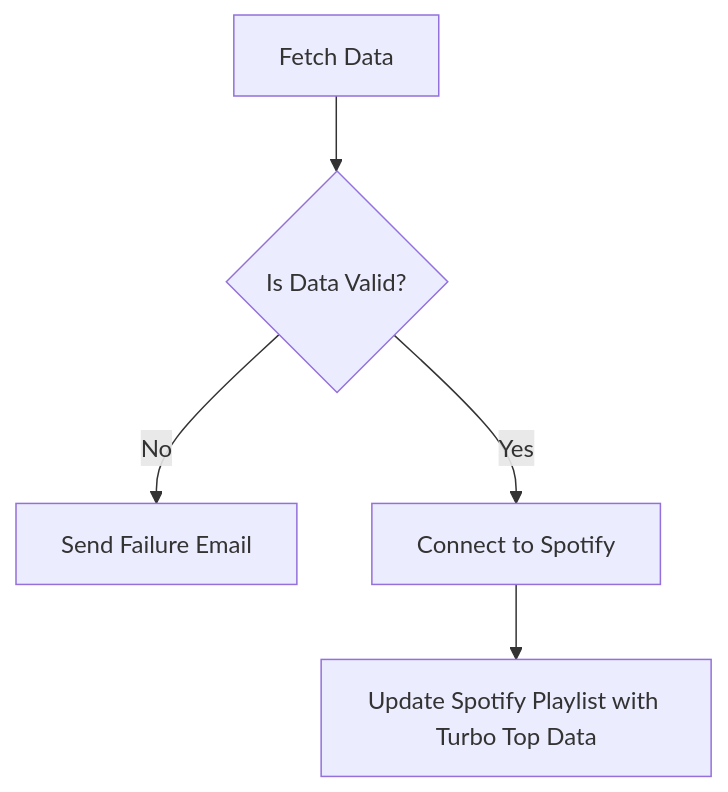
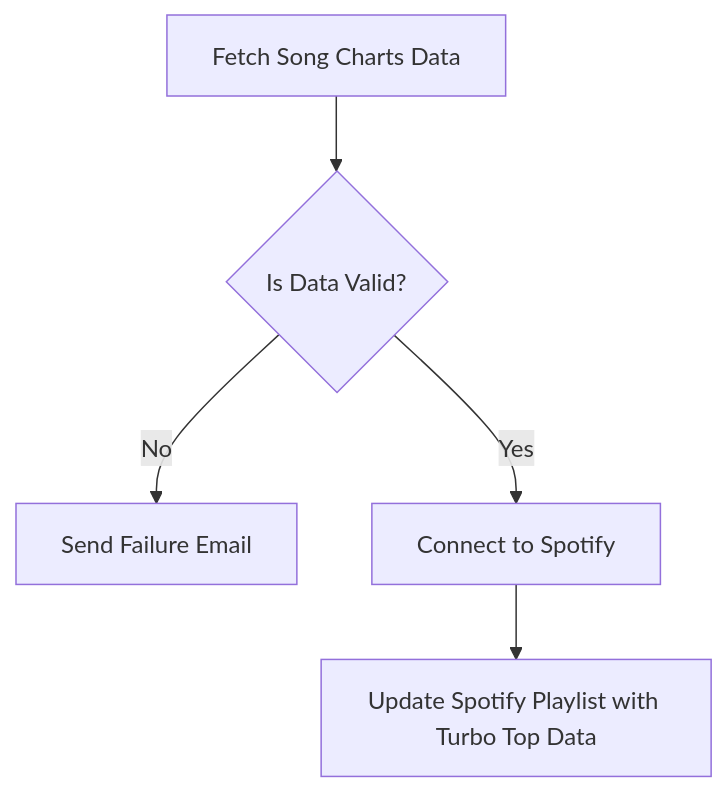
One commit to piotr-kubica/spotlistsync changed the diagram in README.md. Above: the diagram before and after it, drawn with Mermaid.

````diff
--- a/README.md
+++ b/README.md
@@ -10,7 +10,7 @@
 ```mermaid
 graph TD
-    A[Fetch Data] --> B{Is Data Valid?}
+    A[Fetch Song Charts Data] --> B{Is Data Valid?}
     B -->|No| C[Send Failure Email]
     B -->|Yes| D[Connect to Spotify]
     D --> E[Update Spotify Playlist with Turbo Top Data]
 ```
````
